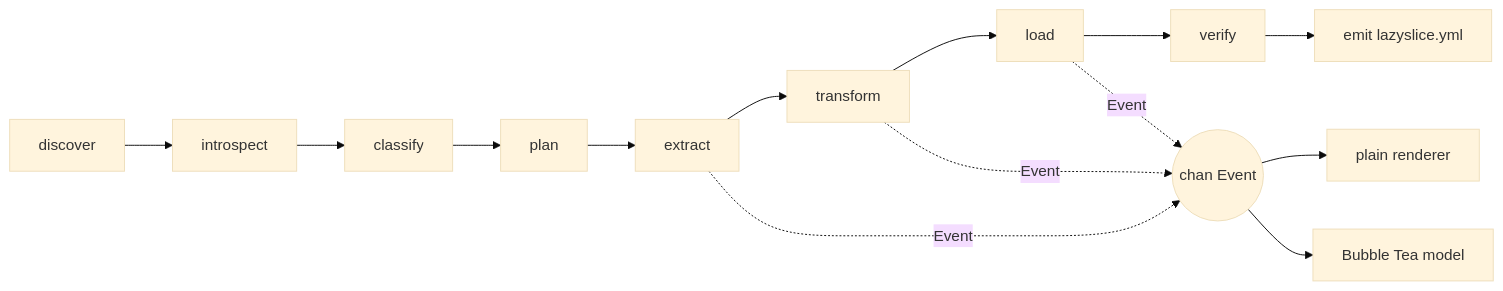
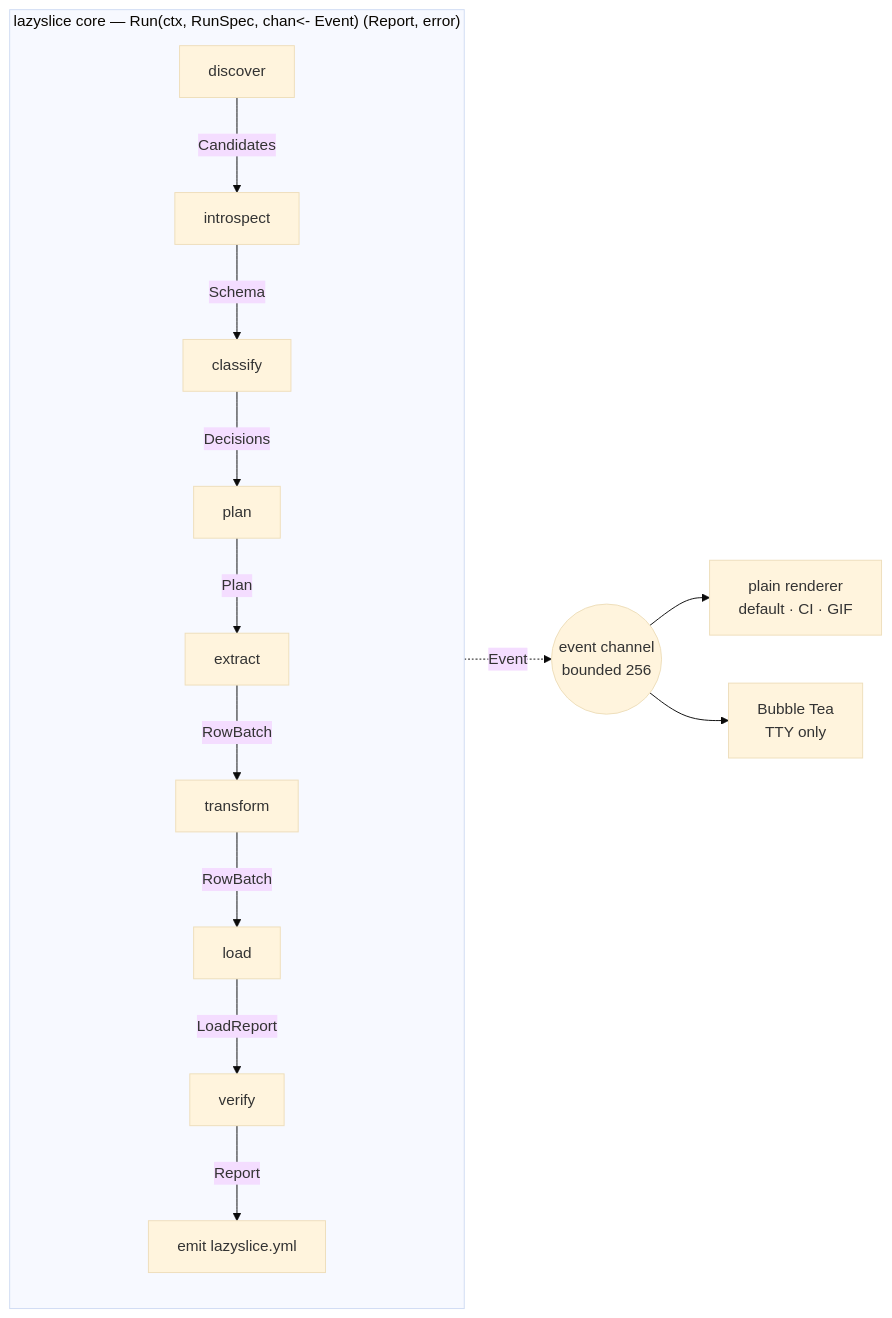
Before and after one commit to Liarea/lazyslice: the first of 2 diagrams in research/proposals/mvp-first.md, drawn with Mermaid (base theme). The commit also changed other lines of this file and 26 other files, not shown here.

Commit message:
Phase 2 closed: ADRs 001-006 accepted, ARCHITECTURE.md, THREAT_MODEL.md; phase 3 opened

````diff
--- a/research/proposals/mvp-first.md
+++ b/research/proposals/mvp-first.md
@@ -43,16 +39,16 @@
 ```mermaid
 flowchart LR
-  D[discover] --> I[introspect]
-  I --> C[classify]
-  C --> P[plan]
-  P --> E[extract]
-  E --> T[transform]
-  T --> L[load]
-  L --> V[verify]
-  V --> Y[emit lazyslice.yml]
-  E -. Event .-> R((chan Event))
-  T -. Event .-> R
-  L -. Event .-> R
-  R --> H[plain renderer]
-  R --> U[Bubble Tea model]
+  subgraph core["lazyslice core — Run(ctx, RunSpec, chan&lt;- Event) (Report, error)"]
+    D[discover] -->|Candidates| I[introspect]
+    I -->|Schema| C[classify]
+    C -->|Decisions| P[plan]
+    P -->|Plan| E[extract]
+    E -->|RowBatch| T[transform]
+    T -->|RowBatch| L[load]
+    L -->|LoadReport| V[verify]
+    V -->|Report| Y["emit lazyslice.yml"]
+  end
+  core -. Event .-> BUS(("event channel<br/>bounded 256"))
+  BUS --> PLAIN["plain renderer<br/>default · CI · GIF"]
+  BUS --> TUI["Bubble Tea<br/>TTY only"]
 ```
````
